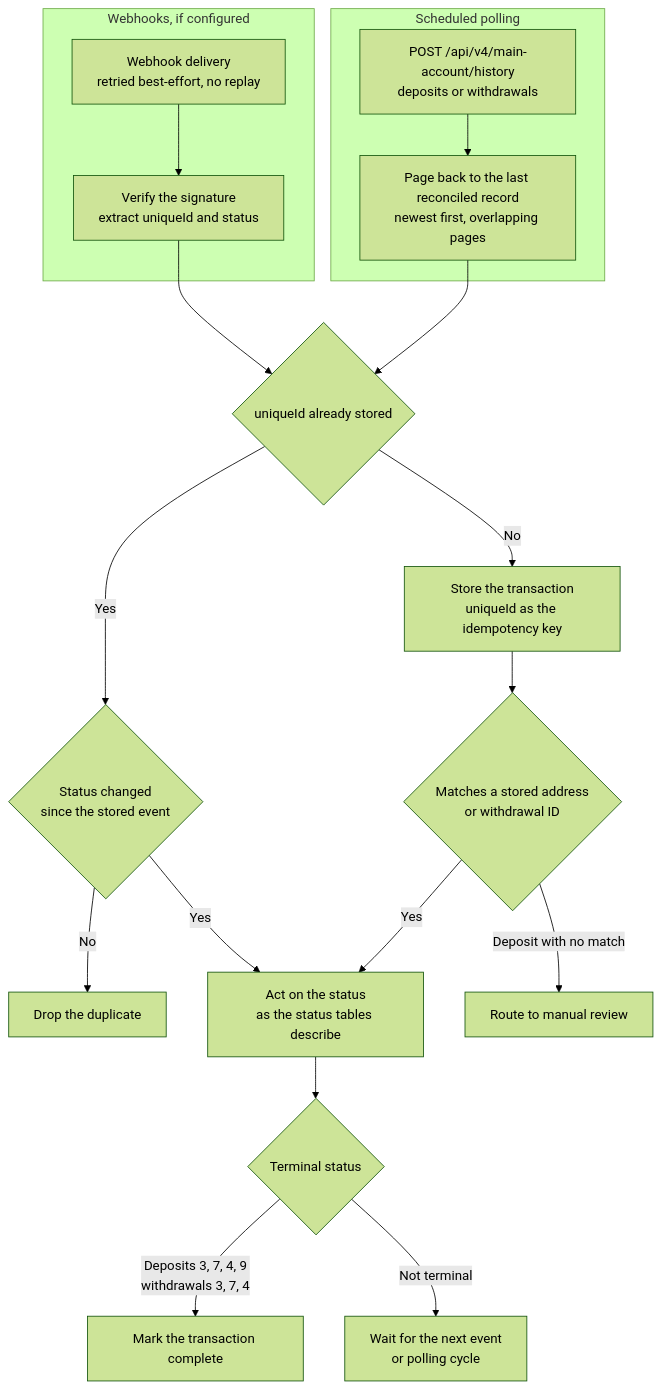
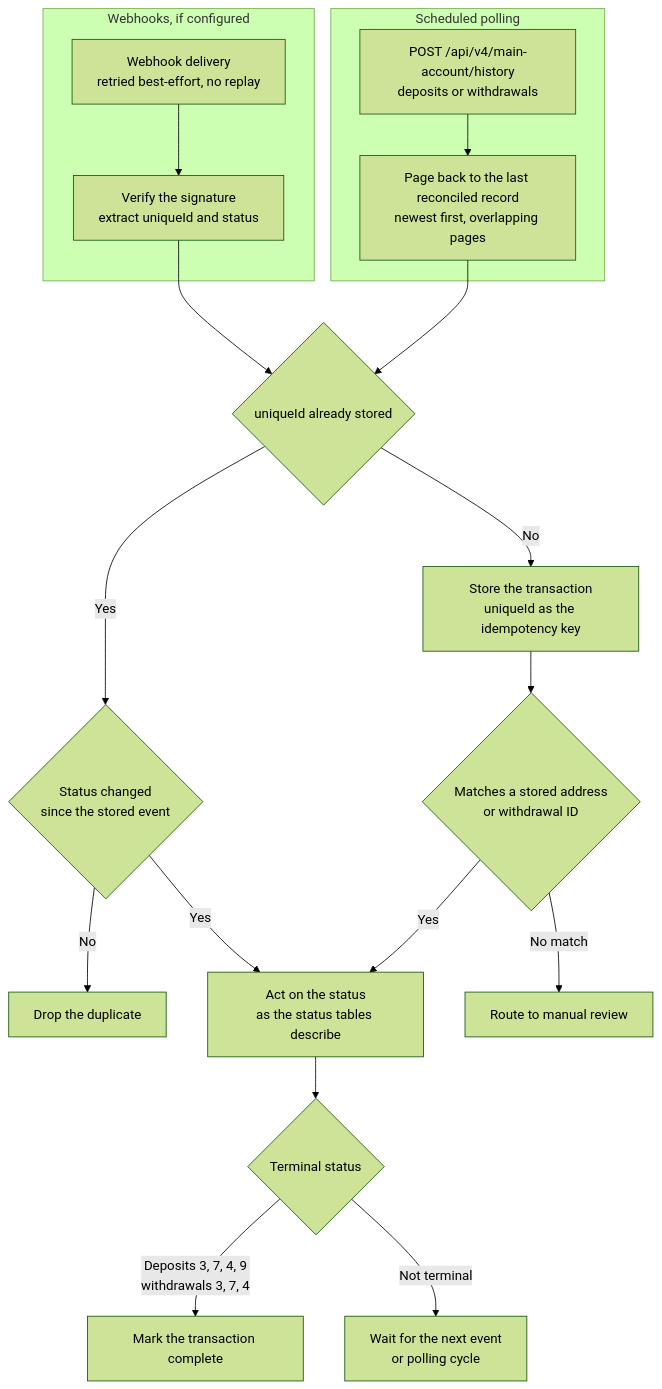
Before and after one commit to whitebit-exchange/docs: the tenth of 10 diagrams in guides/payment-integration.mdx, drawn with Mermaid (forest theme). The commit also changed other lines of this file and 7 other files, not shown here.

Commit message:
fix(guide): align withdrawal status actions and fix drifted diagrams

````diff
--- a/guides/payment-integration.mdx
+++ b/guides/payment-integration.mdx
@@ -1223,21 +1223,21 @@
 ```mermaid
 flowchart TD
     subgraph Push["Webhooks, if configured"]
         Webhook["Webhook delivery<br/>retried best-effort, no replay"] --> Verify["Verify the signature<br/>extract uniqueId and status"]
     end
     subgraph Pull["Scheduled polling"]
         History["POST /api/v4/main-account/history<br/>deposits or withdrawals"] --> Pages["Page back to the last reconciled record<br/>newest first, overlapping pages"]
     end
     Verify --> Seen{"uniqueId already stored"}
     Pages --> Seen
     Seen -->|"No"| Store["Store the transaction<br/>uniqueId as the idempotency key"]
     Seen -->|"Yes"| Changed{"Status changed<br/>since the stored event"}
     Changed -->|"No"| Drop["Drop the duplicate"]
     Changed -->|"Yes"| Act
     Store --> Match{"Matches a stored address<br/>or withdrawal ID"}
-    Match -->|"Deposit with no match"| Review["Route to manual review"]
+    Match -->|"No match"| Review["Route to manual review"]
     Match -->|"Yes"| Act["Act on the status<br/>as the status tables describe"]
     Act --> Terminal{"Terminal status"}
     Terminal -->|"Deposits 3, 7, 4, 9<br/>withdrawals 3, 7, 4"| Complete["Mark the transaction complete"]
     Terminal -->|"Not terminal"| Next["Wait for the next event<br/>or polling cycle"]
 ```
````
